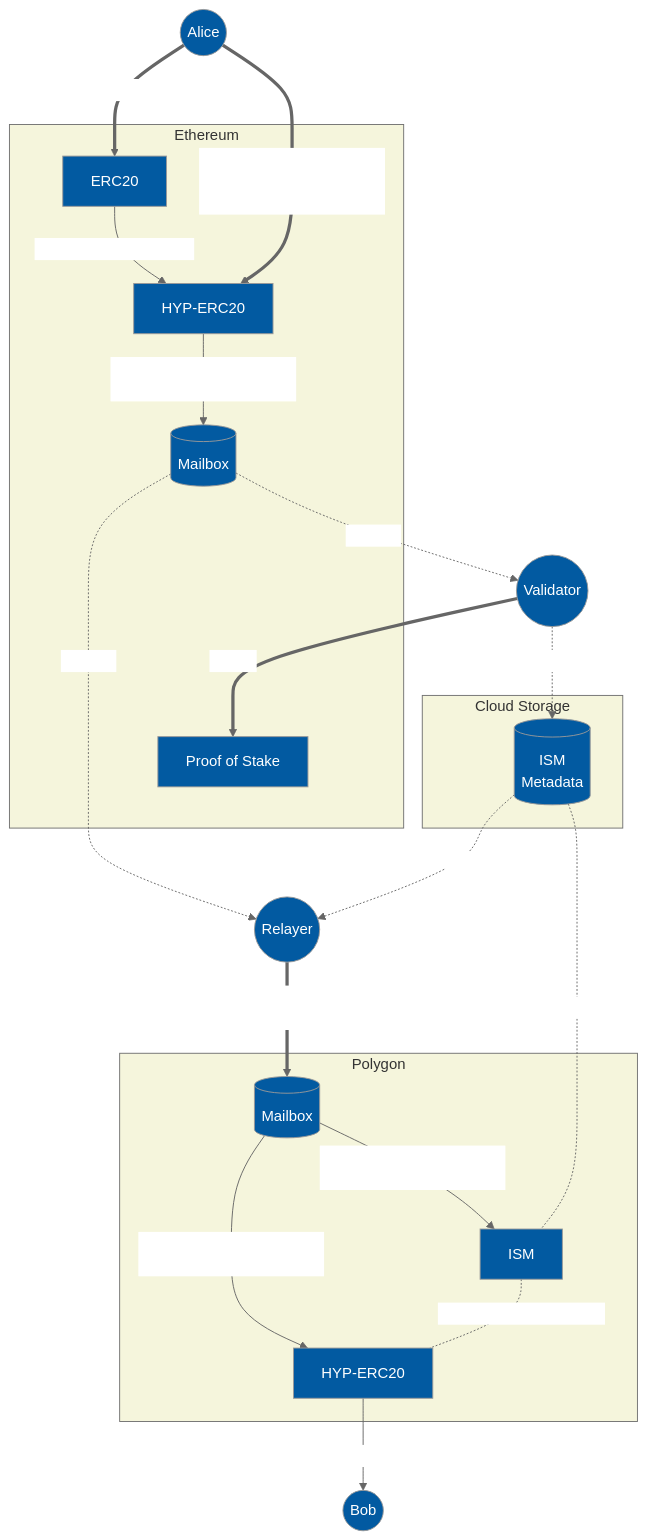
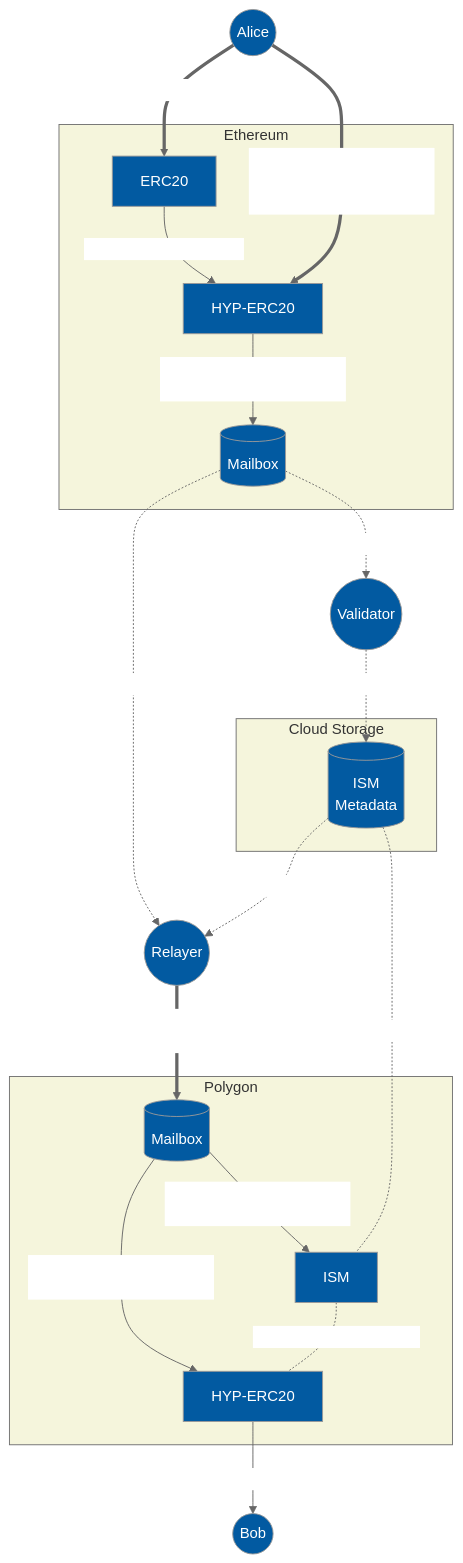
One commit to hyperlane-xyz/hyperlane-token changed the diagram in README.md. Above: the diagram before and after it, drawn with Mermaid. The commit also changed other lines of this file, not shown here.

````diff
--- a/README.md
+++ b/README.md
@@ -5,61 +5,61 @@
 ```mermaid
 %%{ init: {
   "theme": "neutral",
   "themeVariables": {
     "mainBkg": "#025AA1",
     "textColor": "white",
     "clusterBkg": "beige"
   },
   "themeCSS": ".edgeLabel { color: black }"
 }}%%
 
 graph TB
     Alice((Alice))
     Bob((Bob))
     Validator((Validator))
     Relayer((Relayer))
     %% Watcher((Watcher))
 
     subgraph "Ethereum"
         Token_E[ERC20]
         HYP_E[HYP-ERC20]
         M_E[(Mailbox)]
-        POS_E[Proof of Stake]
+        %% POS_E[Proof of Stake]
     end
 
     Alice == "0. approve(HYP, infinity)" ==> Token_E
     Alice == "1. transferRemote(Polygon, Bob, 5)" ==> HYP_E
     Token_E -- "2. transferFrom(Alice, 5)" --> HYP_E
     HYP_E -- "3. dispatch(Polygon, HYP, (Bob, 5))" --> M_E
 
     M_E-."indexing".->Relayer
     %% M_E-."indexing".->Watcher
     M_E -. "indexing" .-> Validator
 
-    Validator == "staking" ==> POS_E
+    %% Validator == "staking" ==> POS_E
     %% Watcher == "slashing" ==> POS_E
     Validator -. "signing" .-> ISM_STORE
 
     subgraph "Cloud Storage"
         ISM_STORE[(ISM\nMetadata)]
     end
 
     ISM_STORE -. "metadata" .-> Relayer
     ISM_STORE -. "moduleType" .- ISM_P
     %% Watcher -. "indexing" .- ISM_P
 
     Relayer == "4. process(metadata, Ethereum, HYP, (Bob, 5))"==> M_P
 
     subgraph "Polygon"
         ISM_P[ISM]
         M_P[(Mailbox)]
         HYP_P[HYP-ERC20]
 
         M_P -- "6. handle(Ethereum, (Bob, 5))" --> HYP_P
         M_P -- "5. verify(metadata, Ethereum, (Bob, 5))" --> ISM_P
     end
 
     ISM_P -. "interchainSecurityModule" .- HYP_P
     HYP_P -- "7. mint(Bob, 5)" --> Bob
 
 ```
````
